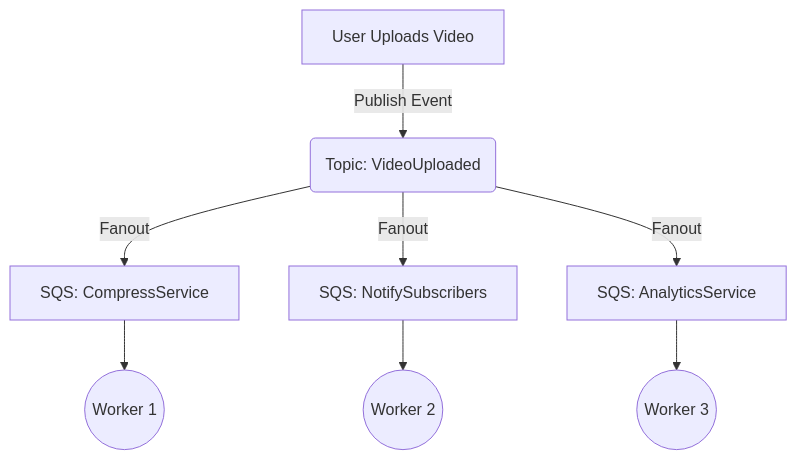
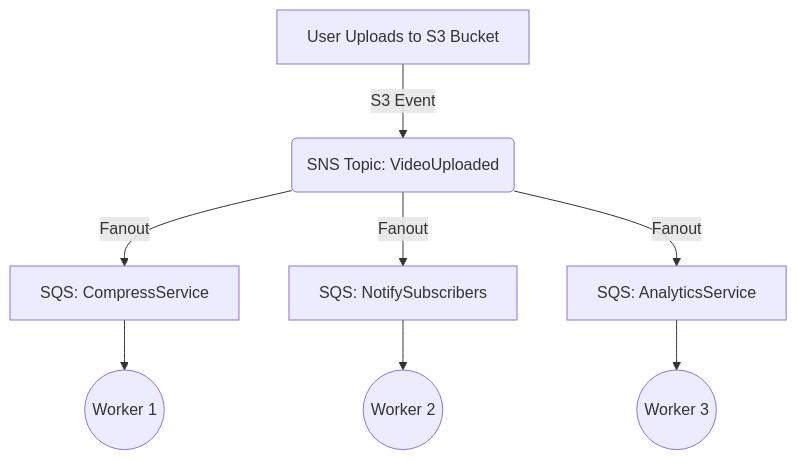
The second of 7 diagrams in LEARNING_LOG.md (Vedant-Kaushik/WhatsApp_Chatbot), drawn with Mermaid before and after one commit. The commit also changed other lines of this file, not shown here.

Commit message:
docs: add day 4 kafka notes and update diagrams with aws services

````diff
--- a/LEARNING_LOG.md
+++ b/LEARNING_LOG.md
@@ -50,12 +50,12 @@
 ```mermaid
 graph TD
-    A["User Uploads Video"] -->|Publish Event| B("Topic: VideoUploaded")
+    A["User Uploads to S3 Bucket"] -->|S3 Event| B("SNS Topic: VideoUploaded")
     
     B -->|Fanout| C["SQS: CompressService"]
     B -->|Fanout| D["SQS: NotifySubscribers"]
     B -->|Fanout| E["SQS: AnalyticsService"]
     
     C --> F(("Worker 1"))
     D --> G(("Worker 2"))
     E --> H(("Worker 3"))
 ```
````
